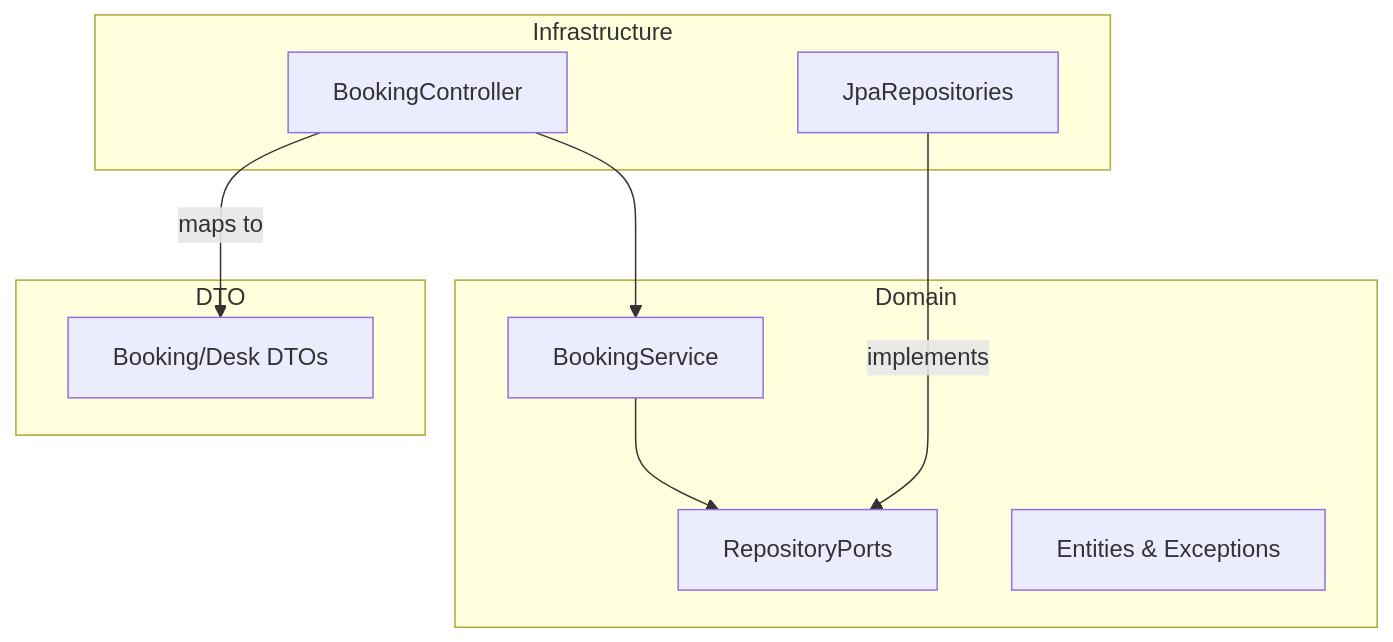
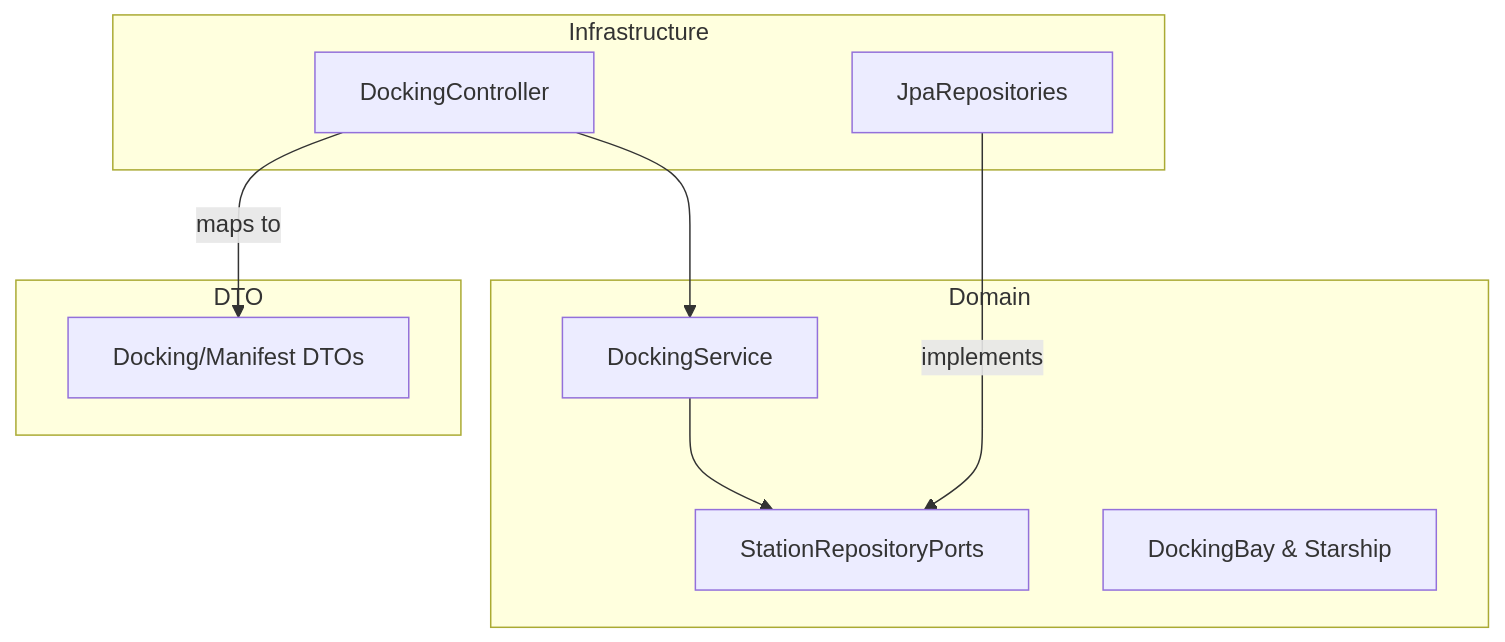
Before and after one commit to mketiku/stardust: the diagram in README.md, drawn with Mermaid. The commit also changed other lines of this file and 46 other files, not shown here.

````diff
--- a/README.md
+++ b/README.md
@@ -28,22 +28,22 @@
 ```mermaid
 graph TD
     subgraph Infrastructure
-        Web[BookingController]
+        Web[DockingController]
         DB[JpaRepositories]
     end
 
     subgraph Domain
-        Service[BookingService]
-        Port[RepositoryPorts]
-        Model[Entities & Exceptions]
+        Service[DockingService]
+        Port[StationRepositoryPorts]
+        Model[DockingBay & Starship]
     end
 
     subgraph DTO
-        Response[Booking/Desk DTOs]
+        Response[Docking/Manifest DTOs]
     end
 
     Web --> Service
     Service --> Port
     DB -- implements --> Port
     Web -- maps to --> Response
 ```
````
